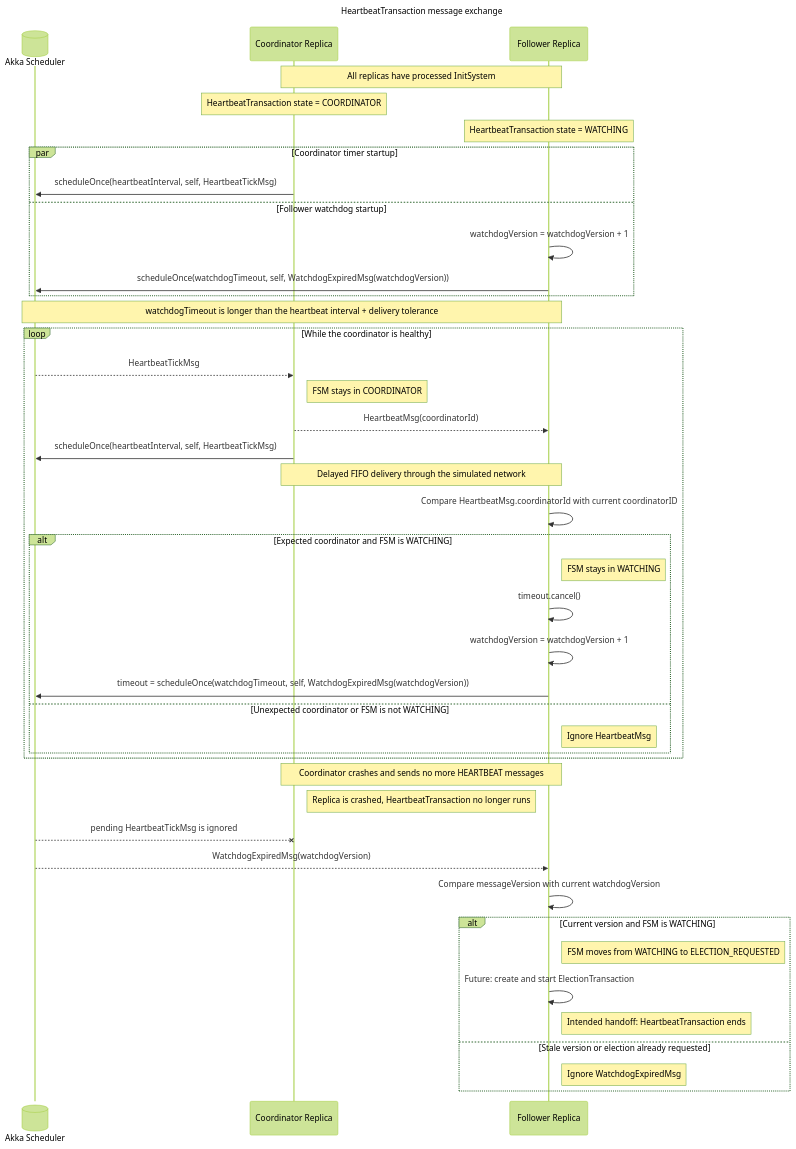
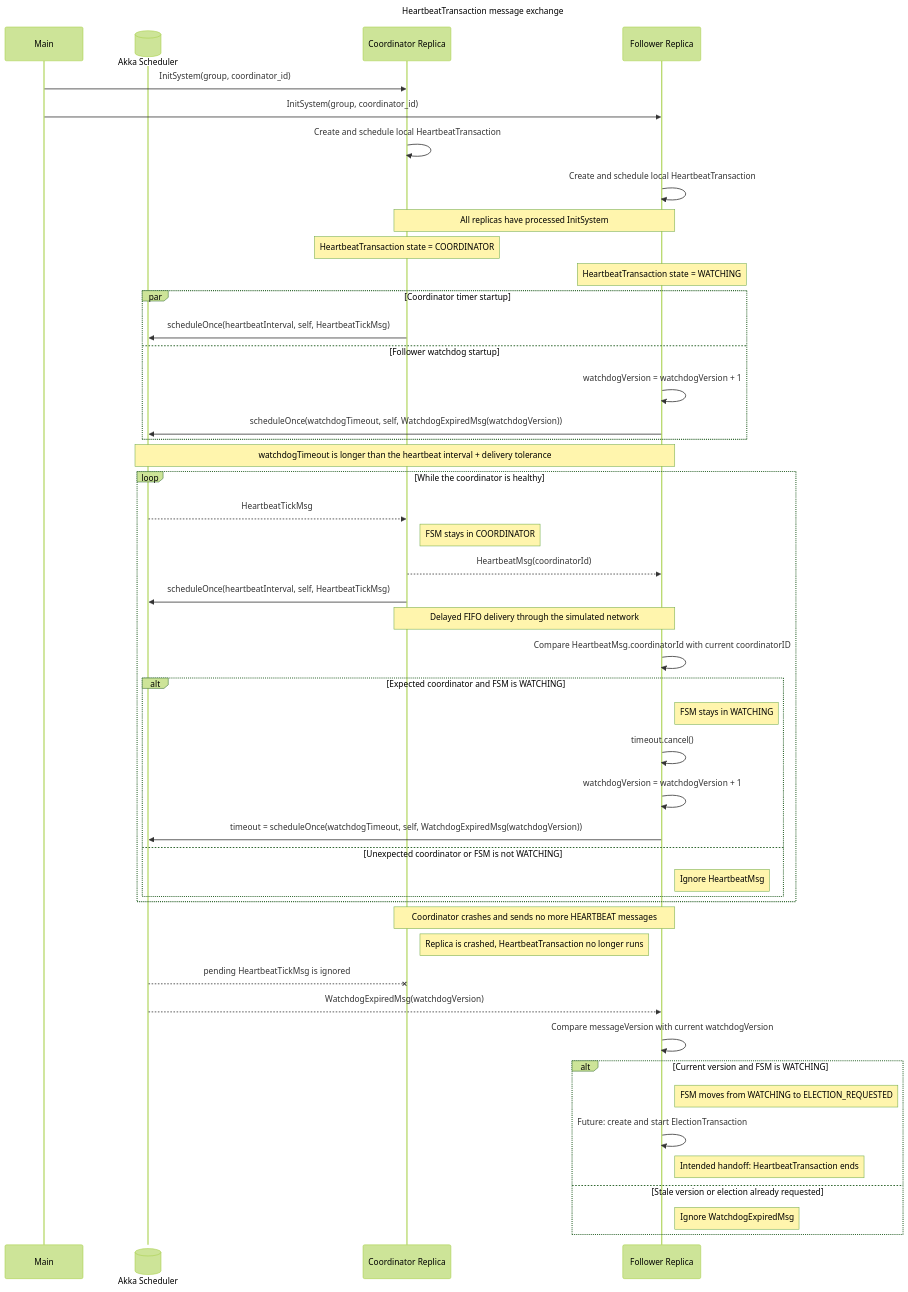
Before and after one commit to alanmasu/CoreDump_DS_Project: the diagram in charts/TransactionHeartbeatSequence.mmd, drawn with Mermaid.

Commit message:
docs: show heartbeat initialization

```diff
--- a/charts/TransactionHeartbeatSequence.mmd
+++ b/charts/TransactionHeartbeatSequence.mmd
@@ -1,122 +1,129 @@
 ---
 title: HeartbeatTransaction message exchange
 config:
     theme: forest
 ---
 
 sequenceDiagram
 
     %% HeartbeatTransaction is a normal Java object owned by Replica, not an
     %% Akka actor with its own mailbox. For that reason, the diagram shows the
     %% Replica actors as participants and describes transaction states in notes.
 
     %% S is the ActorSystem scheduler. C is the current coordinator actor and F
     %% is one representative follower. A real broadcast targets every follower.
+    participant M as Main
     participant S@{ "type" : "database", "alias": "Akka Scheduler" }
 
     participant C as Coordinator Replica
     participant F as Follower Replica
 
-    %% Master and InitSystem are intentionally outside this diagram's scope.
+    %% Main sends the same initialization message to every replica. C and F
+    %% represent the coordinator and one follower from that replica group.
+    M ->> C: InitSystem(group, coordinator_id)
+    M ->> F: InitSystem(group, coordinator_id)
+    C ->> C: Create and schedule local HeartbeatTransaction
+    F ->> F: Create and schedule local HeartbeatTransaction
+
     %% Heartbeat timers start only after each Replica has processed InitSystem
     %% and knows both the group membership and current coordinator ID.
     Note over C,F: All replicas have processed InitSystem
 
     %% These notes connect the message exchange to
     %% TransactionHeartbeatCoordinatorFSM.mmd and
     %% TransactionHeartbeatFollowerFSM.mmd.
     %% One HeartbeatTransaction is active per Replica for one coordinator term.
     Note over C: HeartbeatTransaction state = COORDINATOR
     Note over F: HeartbeatTransaction state = WATCHING
 
     %% The two startup operations are independent, so their execution order is
     %% not important. scheduleOnce is an Akka Scheduler API call, not a network
     %% protocol message. "self" means the scheduling Replica's own ActorRef.
     %% The full Java call will also supply a dispatcher and sender ActorRef.
     par Coordinator timer startup
         C ->> S: scheduleOnce(heartbeatInterval, self, HeartbeatTickMsg)
     and Follower watchdog startup
         %% watchdogVersion is local to F and starts at 0. Every newly armed
         %% watchdog increments it before placing that value in WatchdogExpiredMsg.
         %% The value never travels through NetworkChannel or to another Replica.
         F ->> F: watchdogVersion = watchdogVersion + 1
         F ->> S: scheduleOnce(watchdogTimeout, self, WatchdogExpiredMsg(watchdogVersion))
     end
 
     %% Akka is not a real-time system, so startup call order alone cannot ensure
     %% that HeartbeatMsg arrives before WatchdogExpiredMsg. The watchdog duration must
     %% leave room for the heartbeat interval, channel latency, and scheduling
     %% tolerance. The exact timeout formula will be defined in one Java helper.
     Note over S,F: watchdogTimeout is longer than the heartbeat interval + delivery tolerance
 
     %% We use recursive one-shot scheduling rather than a repeating fixed-rate
     %% task: handling one HeartbeatTickMsg sends HeartbeatMsg and schedules the next
     %% HeartbeatTickMsg. This makes timer ownership and cancellation explicit.
     loop While the coordinator is healthy
         %% -->> represents delayed/asynchronous delivery into C's actor mailbox.
         %% HeartbeatTickMsg is internal; it is never broadcast to followers.
         S -->> C: HeartbeatTickMsg
         Note right of C: FSM stays in COORDINATOR
 
         %% HeartbeatMsg contains the ID of the Replica that sent it.
         C -->> F: HeartbeatMsg(coordinatorId)
         C ->> S: scheduleOnce(heartbeatInterval, self, HeartbeatTickMsg)
 
         %% The direct arrow abstracts the latency-aware FIFO NetworkChannel used
         %% by Replica.broadcast(); delivery is still delayed and asynchronous.
         Note over C,F: Delayed FIFO delivery through the simulated network
 
         %% The follower validates the sender before resetting its watchdog.
         F ->> F: Compare HeartbeatMsg.coordinatorId with current coordinatorID
 
         alt Expected coordinator and FSM is WATCHING
             %% An accepted heartbeat proves that the coordinator is alive.
             Note right of F: FSM stays in WATCHING
 
             %% cancel() is a local call, not a message to the Scheduler.
             F ->> F: timeout.cancel()
 
             %% Create a new watchdog with a newer version.
             F ->> F: watchdogVersion = watchdogVersion + 1
             F ->> S: timeout = scheduleOnce(watchdogTimeout, self, WatchdogExpiredMsg(watchdogVersion))
         else Unexpected coordinator or FSM is not WATCHING
             %% Invalid or irrelevant heartbeats cannot reset the watchdog.
             Note right of F: Ignore HeartbeatMsg
         end
     end
 
 
     %% The healthy loop ends when the coordinator crashes. No HEARTBEAT arrow
     %% is drawn here because a crashed coordinator sends nothing.
     Note over C,F: Coordinator crashes and sends no more HEARTBEAT messages
 
     %% The crashed coordinator cannot cancel its timer or perform another state
     %% transition. A HeartbeatTickMsg that was scheduled before the crash may still
     %% be sent, but the crashed Replica ignores it and broadcasts no HeartbeatMsg.
     Note right of C: Replica is crashed, HeartbeatTransaction no longer runs
     S --x C: pending HeartbeatTickMsg is ignored
 
     %% Since no valid HeartbeatMsg resets the follower's watchdog, Akka eventually
     %% delivers the WatchdogExpiredMsg object created by scheduleOnce().
     S -->> F: WatchdogExpiredMsg(watchdogVersion)
     F ->> F: Compare messageVersion with current watchdogVersion
 
     %% The version check distinguishes the active watchdog from a cancelled
     %% watchdog message that reached the mailbox too late to be removed.
     alt Current version and FSM is WATCHING
         %% Changing state first prevents later timeout messages from starting
         %% additional elections.
         Note right of F: FSM moves from WATCHING to ELECTION_REQUESTED
 
         %% ElectionTransaction will be a normal Java object owned by the same
         %% Replica. Its construction and startup are not implemented yet.
         F ->> F: Future: create and start ElectionTransaction
 
         %% Once that integration exists, ElectionTransaction will own the recovery
         %% process and this heartbeat transaction will end.
         Note right of F: Intended handoff: HeartbeatTransaction ends
     else Stale version or election already requested
         %% Either the watchdog was reset by a newer HeartbeatMsg, or another valid
         %% timeout has already started an election. No action should be repeated.
         Note right of F: Ignore WatchdogExpiredMsg
     end
```
